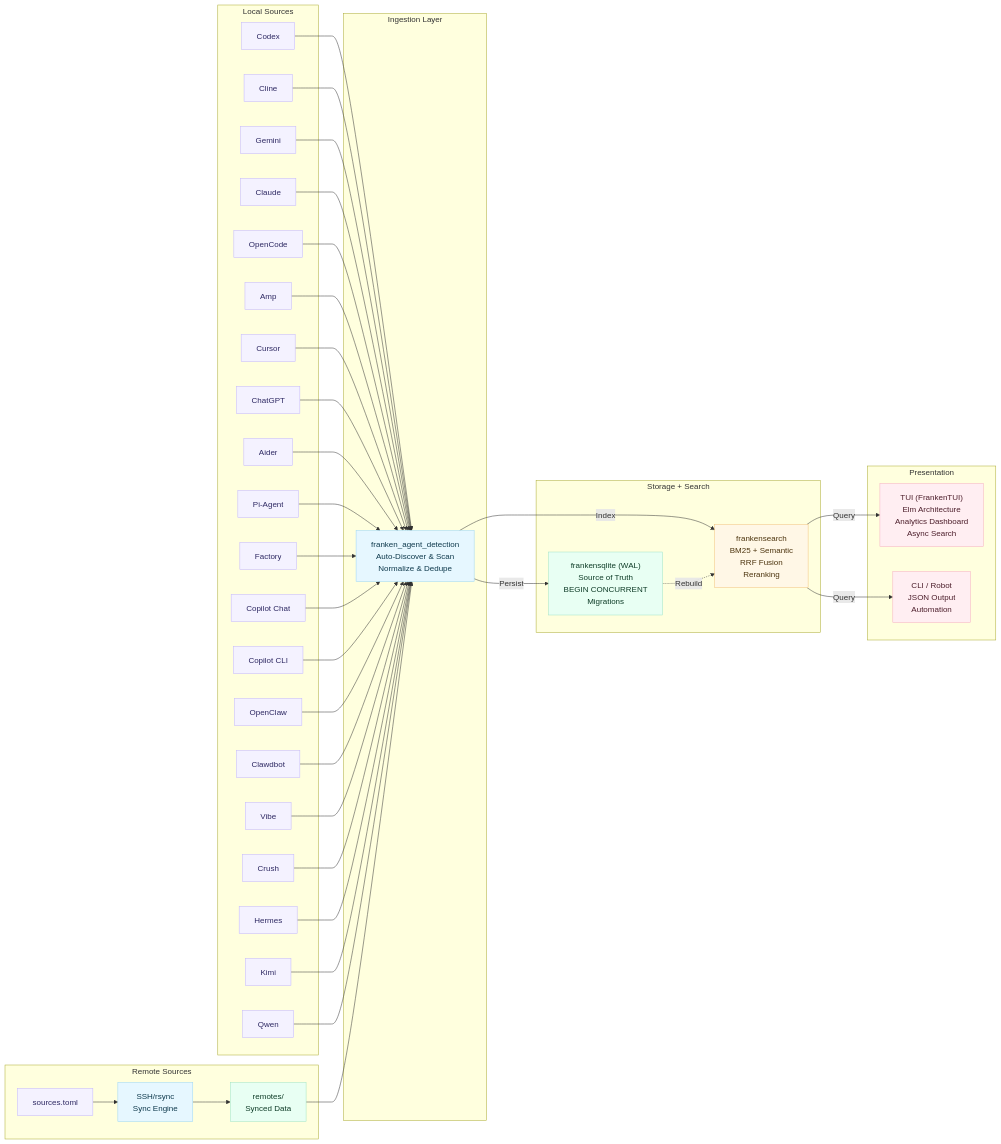
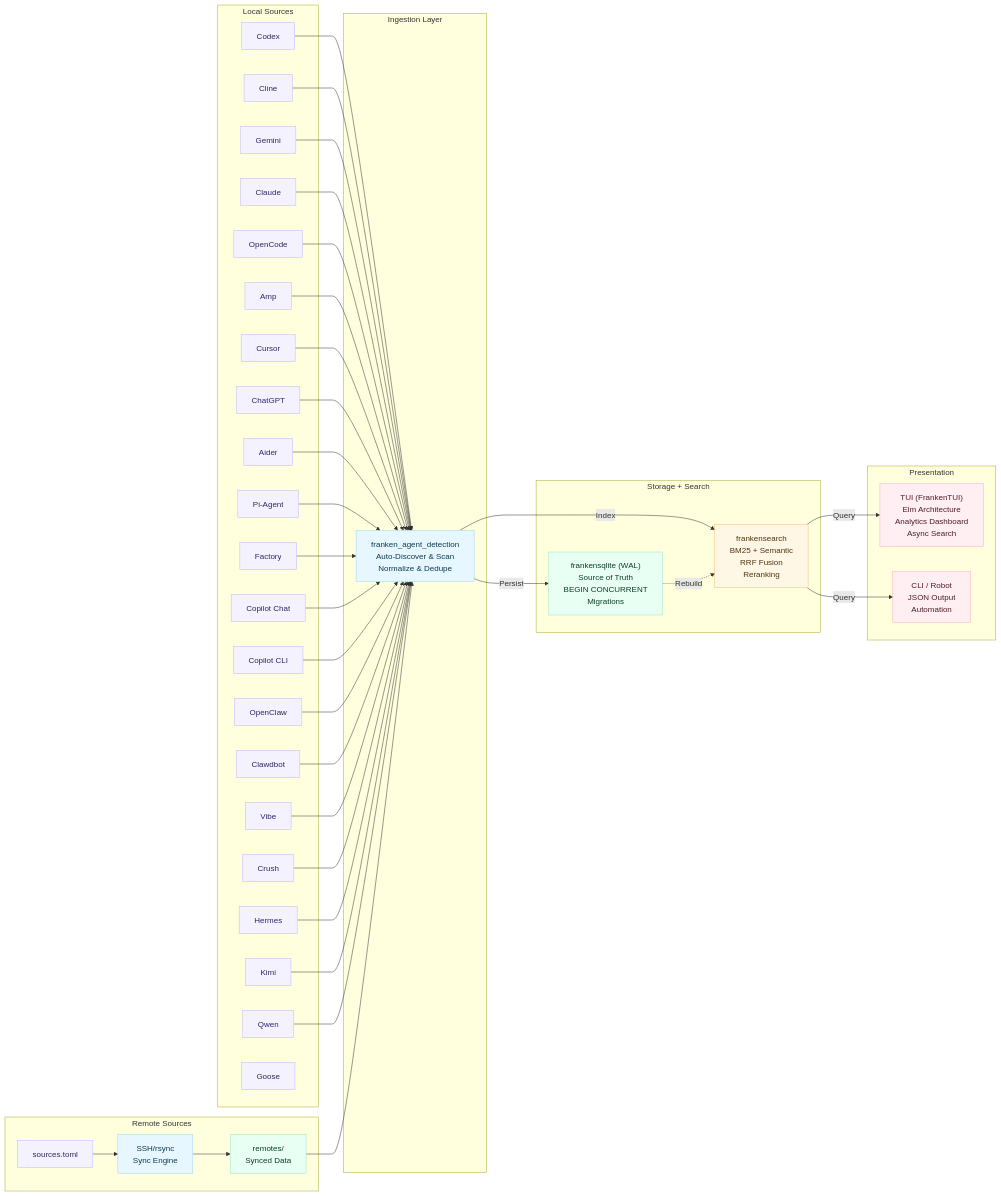
One commit to Dicklesworthstone/coding_agent_session_search changed the second of 3 diagrams in README.md. Above: the diagram before and after it, drawn with Mermaid. The commit also changed other lines of this file and 14 other files, not shown here.

````diff
--- a/README.md
+++ b/README.md
@@ -2190,80 +2193,81 @@
 ```mermaid
 flowchart LR
  classDef pastel fill:#f4f2ff,stroke:#c2b5ff,color:#2e2963;
  classDef pastel2 fill:#e6f7ff,stroke:#9bd5f5,color:#0f3a4d;
  classDef pastel3 fill:#e8fff3,stroke:#9fe3c5,color:#0f3d28;
  classDef pastel4 fill:#fff7e6,stroke:#f2c27f,color:#4d350f;
  classDef pastel5 fill:#ffeef2,stroke:#f5b0c2,color:#4d1f2c;
 
  subgraph Sources["Local Sources"]
  A1[Codex]:::pastel
  A2[Cline]:::pastel
  A3[Gemini]:::pastel
  A4[Claude]:::pastel
  A5[OpenCode]:::pastel
  A6[Amp]:::pastel
  A7[Cursor]:::pastel
  A8[ChatGPT]:::pastel
  A9[Aider]:::pastel
  A10[Pi-Agent]:::pastel
  A11[Factory]:::pastel
  A12[Copilot Chat]:::pastel
  A13[Copilot CLI]:::pastel
  A14[OpenClaw]:::pastel
  A15[Clawdbot]:::pastel
  A16[Vibe]:::pastel
  A17[Crush]:::pastel
  A18[Hermes]:::pastel
  A19[Kimi]:::pastel
  A20[Qwen]:::pastel
+ A21[Goose]:::pastel
  end
 
  subgraph Remote["Remote Sources"]
  R1["sources.toml"]:::pastel
  R2["SSH/rsync\nSync Engine"]:::pastel2
  R3["remotes/\nSynced Data"]:::pastel3
  end
 
  subgraph "Ingestion Layer"
  C1["franken_agent_detection\nAuto-Discover & Scan\nNormalize & Dedupe"]:::pastel2
  end
 
  subgraph "Storage + Search"
  S1["frankensqlite (WAL)\nSource of Truth\nBEGIN CONCURRENT\nMigrations"]:::pastel3
  T1["frankensearch\nBM25 + Semantic\nRRF Fusion\nReranking"]:::pastel4
  end
 
  subgraph "Presentation"
  U1["TUI (FrankenTUI)\nElm Architecture\nAnalytics Dashboard\nAsync Search"]:::pastel5
  U2["CLI / Robot\nJSON Output\nAutomation"]:::pastel5
  end
 
  A1 --> C1
  A2 --> C1
  A3 --> C1
  A4 --> C1
  A5 --> C1
  A6 --> C1
  A7 --> C1
  A8 --> C1
  A9 --> C1
  A10 --> C1
  A11 --> C1
  A12 --> C1
  A13 --> C1
  A14 --> C1
  A15 --> C1
  A16 --> C1
  A17 --> C1
  A18 --> C1
  A19 --> C1
  A20 --> C1
  R1 --> R2
  R2 --> R3
  R3 --> C1
  C1 -->|Persist| S1
  C1 -->|Index| T1
  S1 -.->|Rebuild| T1
  T1 -->|Query| U1
  T1 -->|Query| U2
 ```
````
